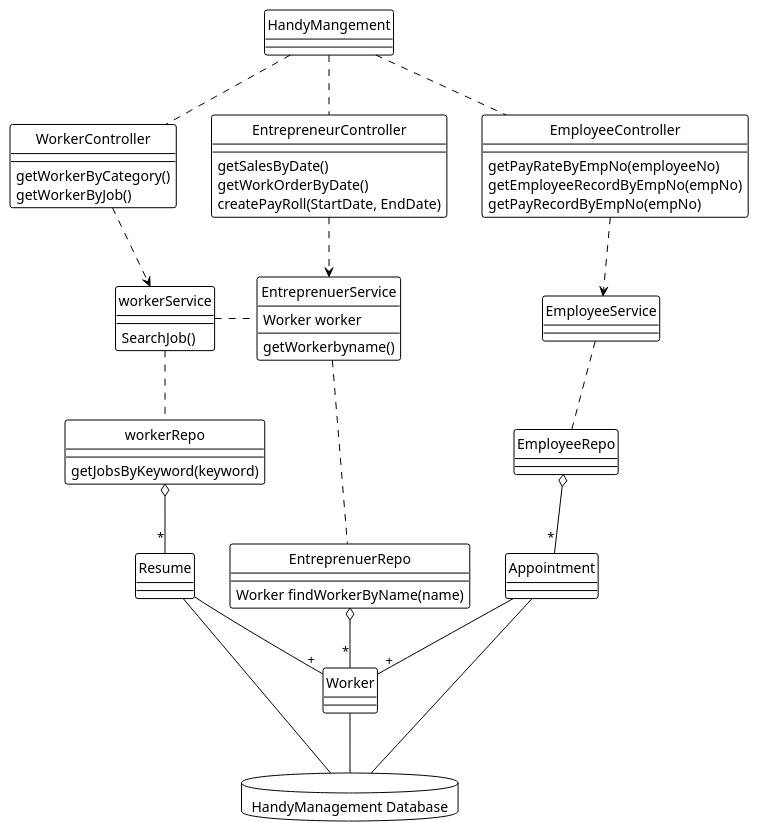
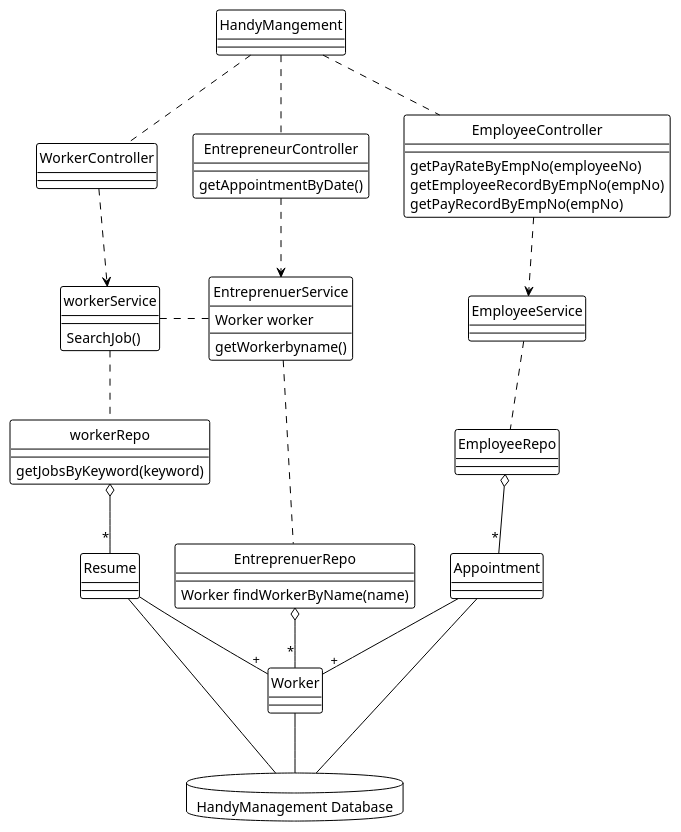
The diagram in handyManagement.puml (CPA-Developer/ProjectRepo), drawn with PlantUML before and after one commit.

Commit message:
updated d

```diff
--- a/handyManagement.puml
+++ b/handyManagement.puml
@@ -1,89 +1,88 @@
 @startuml Handy Mangement
 skinparam style Strictuml
 
 !theme plain
 
 
 class HandyMangement {
 
 }
 
 
 class WorkerController {
   
-   getWorkerByCategory()
-   getWorkerByJob()
+  
 
     
 }
 
 class EntrepreneurController {
-     getSalesByDate()
-   getWorkOrderByDate()
-   createPayRoll(StartDate, EndDate)
+     getAppointmentByDate()
+    
+  
 }
 
 class EmployeeController {
     getPayRateByEmpNo(employeeNo)
     getEmployeeRecordByEmpNo(empNo)
     getPayRecordByEmpNo(empNo)
 }
 
 class workerService{
    SearchJob()
   
 
 }
 class workerRepo{
   getJobsByKeyword(keyword)
 }
 
 class EmployeeService{
    
 }
 class EmployeeRepo{}
 
 class EntreprenuerService{
    Worker worker
     getWorkerbyname()
 }
 class EntreprenuerRepo{
    Worker findWorkerByName(name)
 }
 
 database "HandyManagement Database"{
 }
 
 workerService .right. EntreprenuerService
 
 HandyMangement .. WorkerController
 HandyMangement .. EntrepreneurController
 HandyMangement .. EmployeeController
 
 
 WorkerController ..> workerService
 EntrepreneurController ..> EntreprenuerService
 EmployeeController ..> EmployeeService
 
 
 workerService .. workerRepo
 EmployeeService .. EmployeeRepo
 EntreprenuerService .. EntreprenuerRepo
 
 workerRepo o--"*" Resume 
 EntreprenuerRepo o--"*" Worker 
 
 EmployeeRepo o--"*" Appointment 
 Appointment --"+" Worker
 
 Resume --"+" Worker
 
 Worker -- "HandyManagement Database"
 Appointment -- "HandyManagement Database"
 Resume -- "HandyManagement Database"
 
 
 
 
 
 @enduml
```
